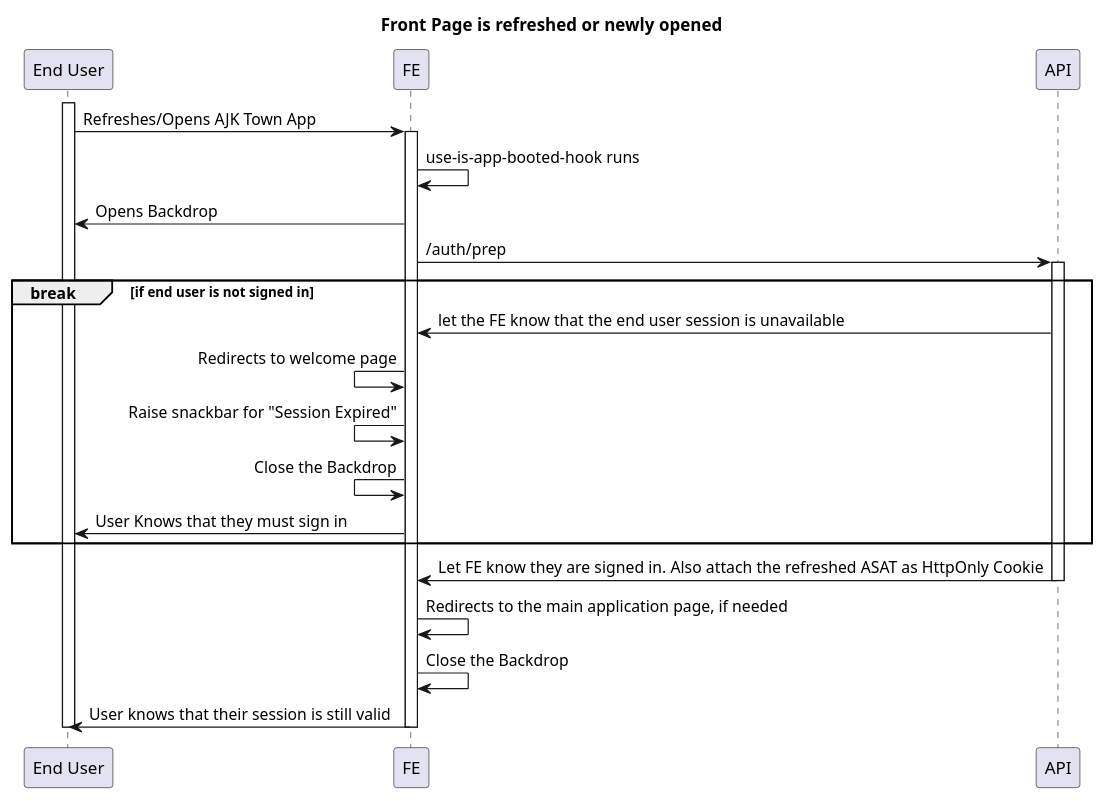
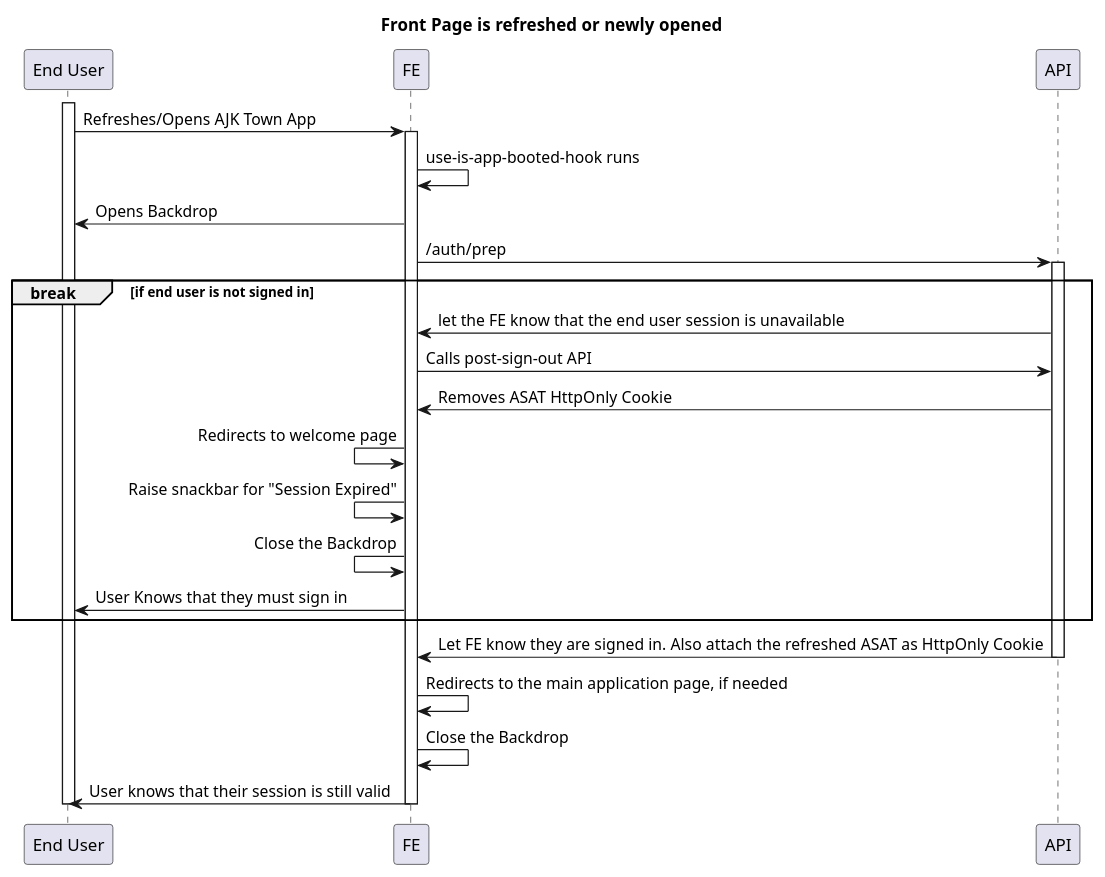
The first of 2 diagrams in fe/sign-out.md (ajktown/docs), drawn with PlantUML before and after one commit.

````diff
--- a/fe/sign-out.md
+++ b/fe/sign-out.md
@@ -60,34 +60,36 @@
 ```plantuml
 
 @startuml
 
 title Front Page is refreshed or newly opened
 
 participant "End User" as user
 participant "FE" as fe
 participant "API" as api
 
 activate user
   user -> fe: Refreshes/Opens AJK Town App
   activate fe
     fe -> fe: use-is-app-booted-hook runs
     user <- fe: Opens Backdrop
     fe -> api: /auth/prep
     activate api
       break if end user is not signed in
       fe <- api: let the FE know that the end user session is unavailable
+      fe -> api: Calls post-sign-out API
+      fe <- api: Removes ASAT HttpOnly Cookie
       fe <- fe: Redirects to welcome page
       fe <- fe: Raise snackbar for "Session Expired"
       fe <- fe: Close the Backdrop
       user <- fe: User Knows that they must sign in
       end break
       fe <- api: Let FE know they are signed in. Also attach the refreshed ASAT as HttpOnly Cookie
     deactivate api
     fe -> fe: Redirects to the main application page, if needed
     fe -> fe: Close the Backdrop
     user <- fe: User knows that their session is still valid
   deactivate fe
 deactivate user
 
 
 ```
````
